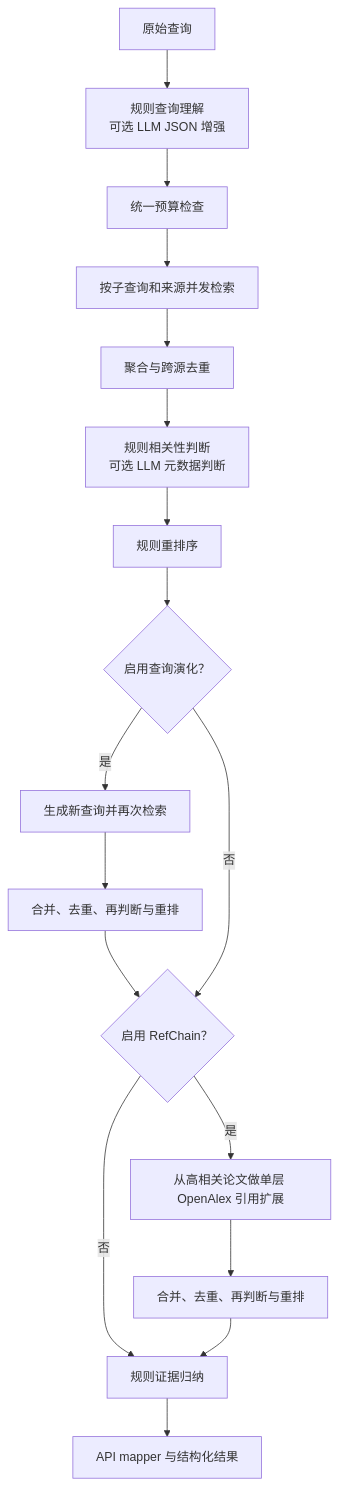
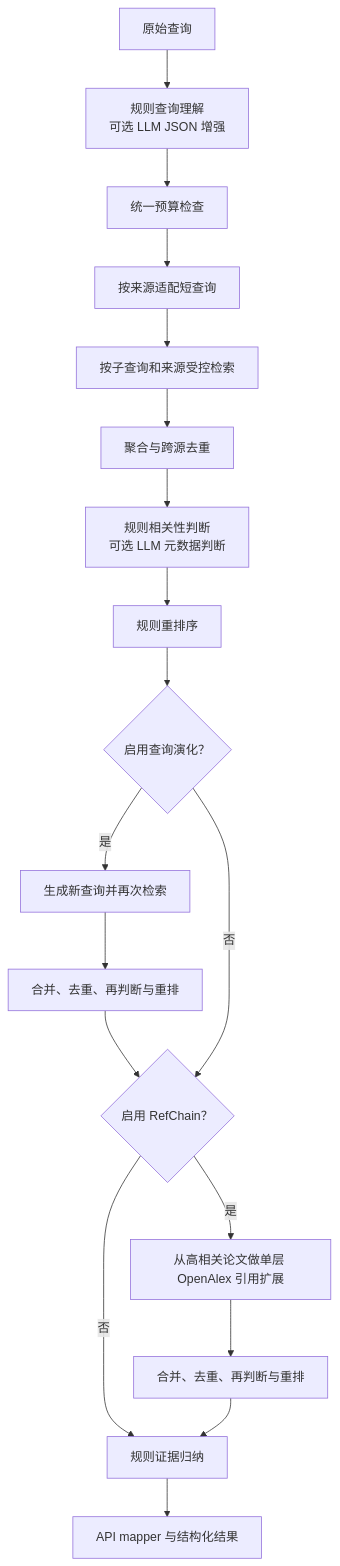
The second of 2 diagrams in docs/architecture.md (solace47/ScholarNavigator), drawn with Mermaid before and after one commit. The commit also changed other lines of this file and 25 other files, not shown here.

````diff
--- a/docs/architecture.md
+++ b/docs/architecture.md
@@ -29,19 +29,20 @@
 ```mermaid
 flowchart TD
     Q["原始查询"] --> U["规则查询理解<br/>可选 LLM JSON 增强"]
     U --> B["统一预算检查"]
-    B --> R["按子查询和来源并发检索"]
+    B --> A["按来源适配短查询"]
+    A --> R["按子查询和来源受控检索"]
     R --> D["聚合与跨源去重"]
     D --> J["规则相关性判断<br/>可选 LLM 元数据判断"]
     J --> K["规则重排序"]
     K --> E{"启用查询演化？"}
     E -->|是| ER["生成新查询并再次检索"]
     ER --> ED["合并、去重、再判断与重排"]
     ED --> F
     E -->|否| F{"启用 RefChain？"}
     F -->|是| FR["从高相关论文做单层 OpenAlex 引用扩展"]
     FR --> D2["合并、去重、再判断与重排"]
     F -->|否| Y["规则证据归纳"]
     D2 --> Y
     Y --> O["API mapper 与结构化结果"]
 ```
````
